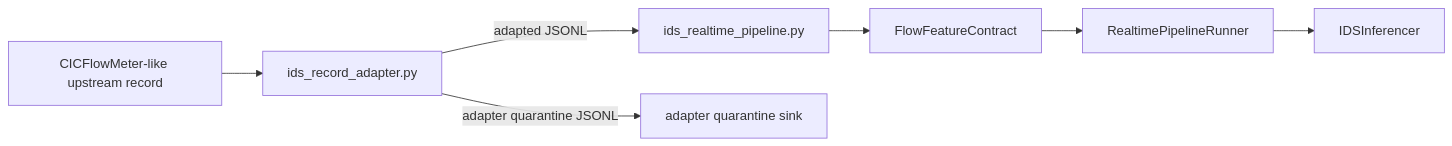
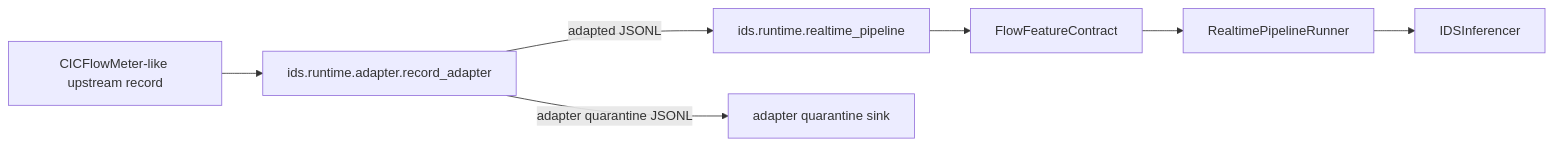
The diagram in docs/current/runtime/ids_record_adapter_architecture.md (hoangduy0308/IDS_ML), drawn with Mermaid before and after one commit. The commit also changed other lines of this file and 6 other files, not shown here.

````diff
--- a/docs/current/runtime/ids_record_adapter_architecture.md
+++ b/docs/current/runtime/ids_record_adapter_architecture.md
@@ -89,9 +89,9 @@
 ```mermaid
 flowchart LR
-    A["CICFlowMeter-like upstream record"] --> B["ids_record_adapter.py"]
-    B -->|adapted JSONL| C["ids_realtime_pipeline.py"]
+    A["CICFlowMeter-like upstream record"] --> B["ids.runtime.adapter.record_adapter"]
+    B -->|adapted JSONL| C["ids.runtime.realtime_pipeline"]
     B -->|adapter quarantine JSONL| D["adapter quarantine sink"]
     C --> E["FlowFeatureContract"]
     E --> F["RealtimePipelineRunner"]
     F --> G["IDSInferencer"]
 ```
````
